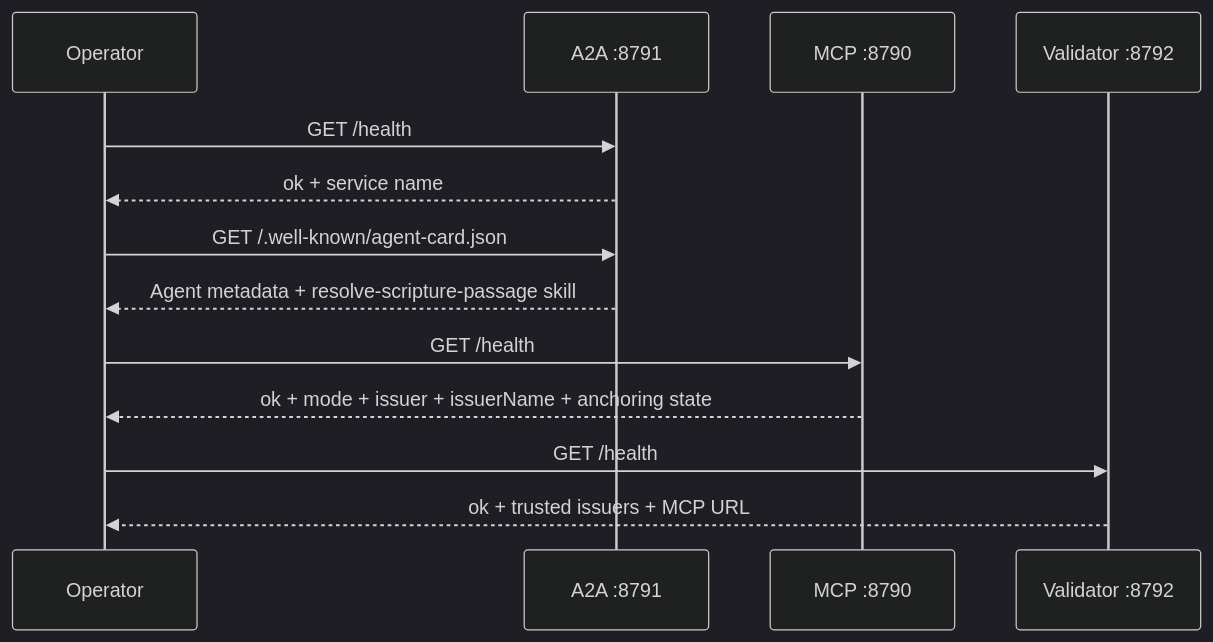
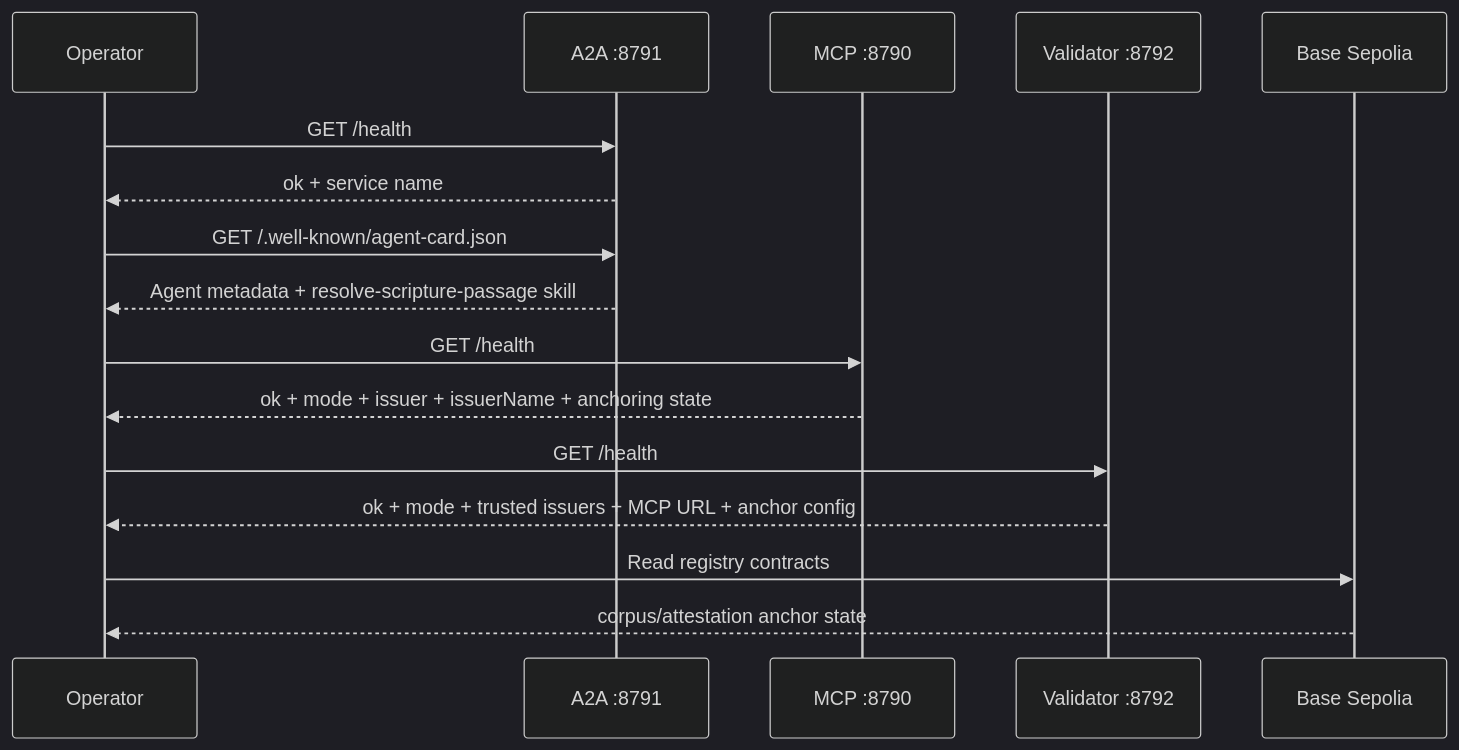
Before and after one commit to rpedersen3/verifiable-content-demo: the second of 5 diagrams in documents/operational-architecture.md, drawn with Mermaid (dark theme). The commit also changed other lines of this file and 13 other files, not shown here.

First line of the commit message:
feat(impact): agents under .impact TLD + AP base-sepolia addresses in deployments

````diff
--- a/documents/operational-architecture.md
+++ b/documents/operational-architecture.md
@@ -61,16 +65,19 @@
 ```mermaid
 sequenceDiagram
   participant Ops as Operator
   participant A2A as A2A :8791
   participant MCP as MCP :8790
   participant Validator as Validator :8792
+  participant Base as Base Sepolia
 
   Ops->>A2A: GET /health
   A2A-->>Ops: ok + service name
   Ops->>A2A: GET /.well-known/agent-card.json
   A2A-->>Ops: Agent metadata + resolve-scripture-passage skill
   Ops->>MCP: GET /health
   MCP-->>Ops: ok + mode + issuer + issuerName + anchoring state
   Ops->>Validator: GET /health
-  Validator-->>Ops: ok + trusted issuers + MCP URL
+  Validator-->>Ops: ok + mode + trusted issuers + MCP URL + anchor config
+  Ops->>Base: Read registry contracts
+  Base-->>Ops: corpus/attestation anchor state
 ```
````
